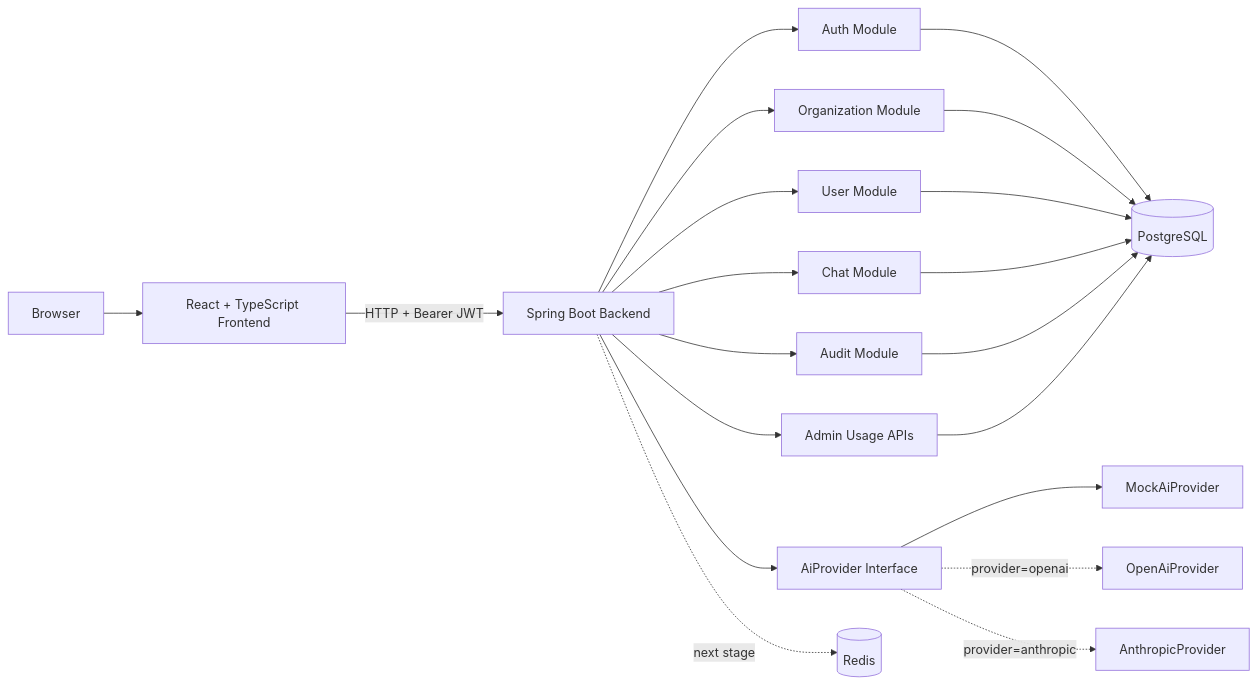
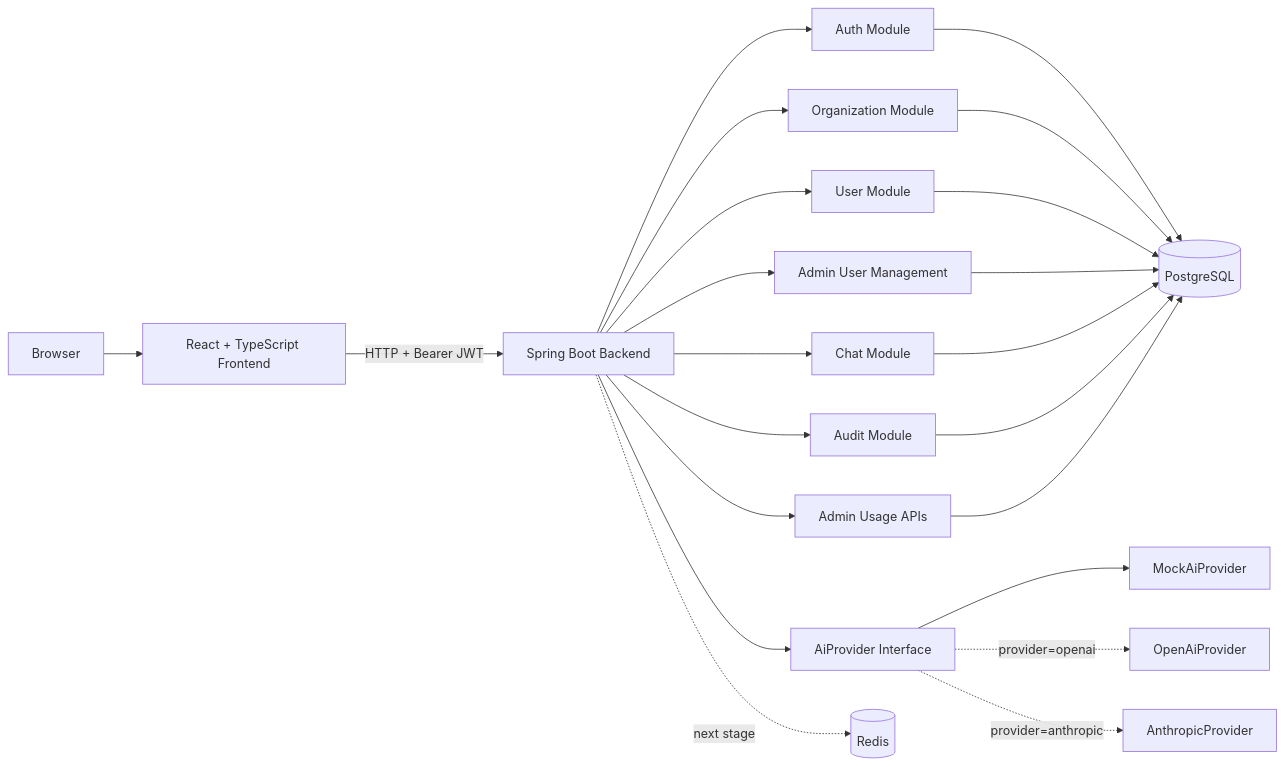
Before and after one commit to Amid-1/Safeai-desk: the first of 6 diagrams in README_RU.md, drawn with Mermaid. The commit also changed other lines of this file and 3 other files, not shown here.

````diff
--- a/README_RU.md
+++ b/README_RU.md
@@ -129,26 +140,28 @@
 ```mermaid
 flowchart LR
     Browser[Browser] --> FE[React + TypeScript Frontend]
     FE -->|HTTP + Bearer JWT| API[Spring Boot Backend]
 
     API --> AUTH[Auth Module]
     API --> ORG[Organization Module]
     API --> USERS[User Module]
+    API --> USERMGMT[Admin User Management]
     API --> CHAT[Chat Module]
     API --> AI[AiProvider Interface]
     API --> AUDIT[Audit Module]
     API --> ADMIN[Admin Usage APIs]
 
     AI --> MOCK[MockAiProvider]
     AI -. provider=openai .-> OPENAI[OpenAiProvider]
     AI -. provider=anthropic .-> ANTHROPIC[AnthropicProvider]
 
     AUTH --> PG[(PostgreSQL)]
     ORG --> PG
     USERS --> PG
+    USERMGMT --> PG
     CHAT --> PG
     AUDIT --> PG
     ADMIN --> PG
 
     API -. next stage .-> REDIS[(Redis)]
 ```
````
